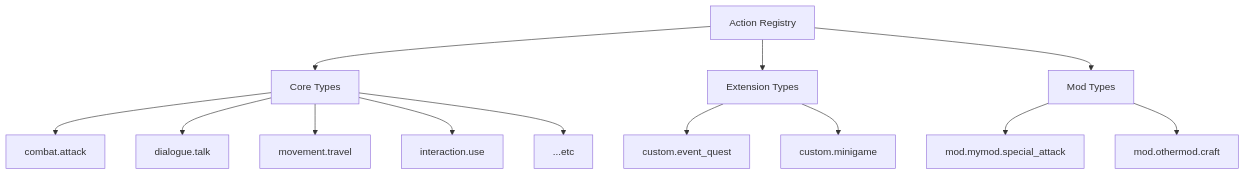
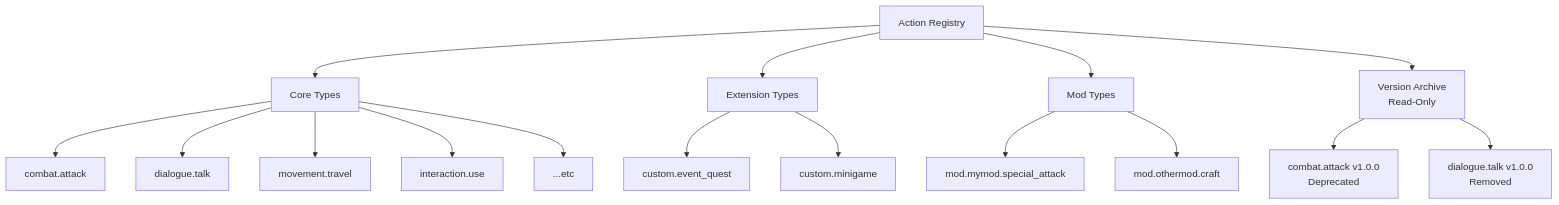
Before and after one commit to yueseyeyu/ai-narrative-rpg-engine: the third of 12 diagrams in docs/02_Architecture/Action_Registry.md, drawn with Mermaid. The commit also changed other lines of this file and 43 other files, not shown here.

Commit message:
feat: Architecture Baseline v1.0 Frozen + MVP-0 Validation (4/4 contract tests passing)

````diff
--- a/docs/02_Architecture/Action_Registry.md
+++ b/docs/02_Architecture/Action_Registry.md
@@ -124,19 +130,23 @@
 ```mermaid
 flowchart TD
     AR[Action Registry]
     AR --> CORE[Core Types]
     AR --> EXT[Extension Types]
     AR --> MOD[Mod Types]
+    AR --> ARCH[Version Archive<br/>Read-Only]
 
     CORE --> CORE1[combat.attack]
     CORE --> CORE2[dialogue.talk]
     CORE --> CORE3[movement.travel]
     CORE --> CORE4[interaction.use]
     CORE --> CORE5[...etc]
 
     EXT --> EXT1[custom.event_quest]
     EXT --> EXT2[custom.minigame]
 
     MOD --> MOD1[mod.mymod.special_attack]
     MOD --> MOD2[mod.othermod.craft]
+
+    ARCH --> ARCH1[combat.attack v1.0.0<br/>Deprecated]
+    ARCH --> ARCH2[dialogue.talk v1.0.0<br/>Removed]
 ```
````
